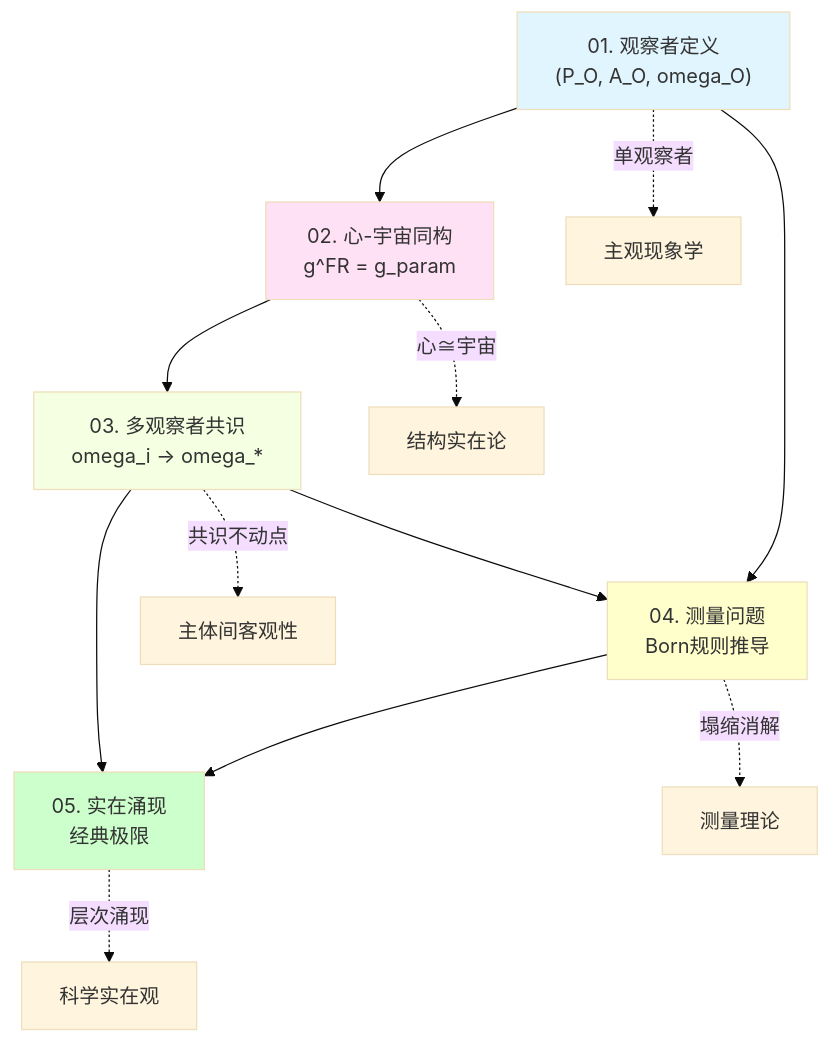
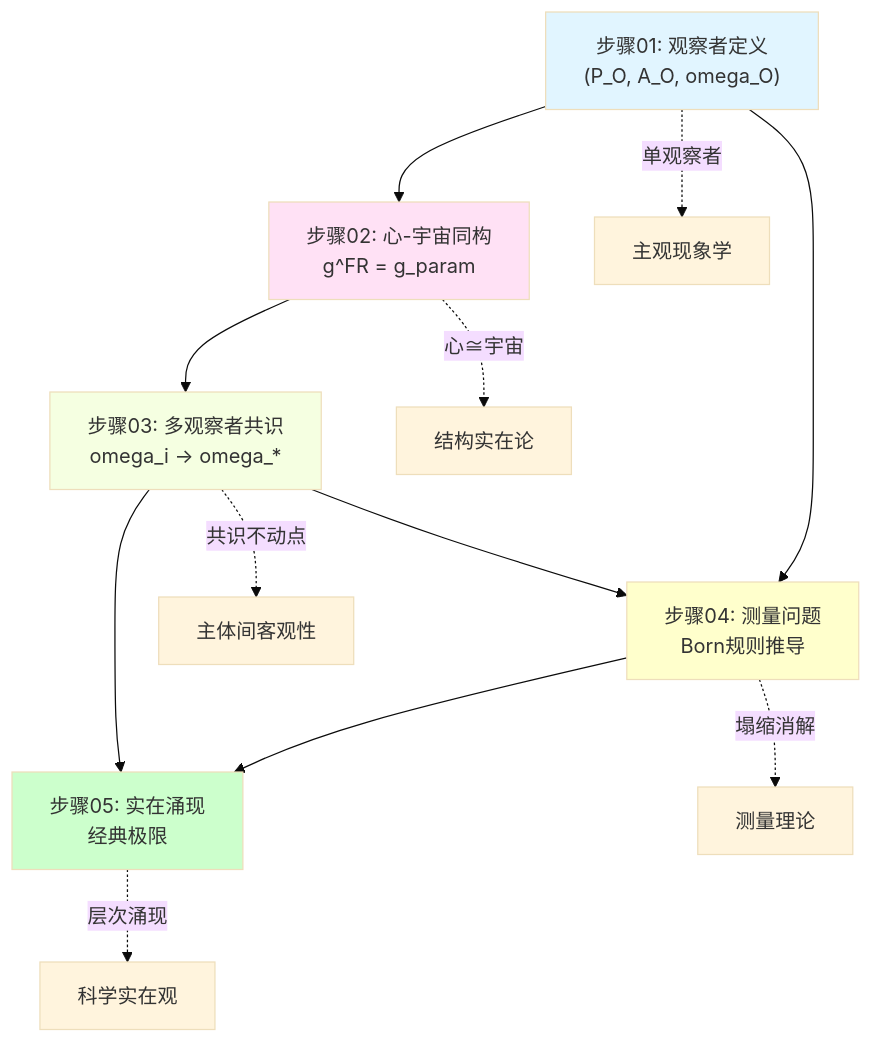
Before and after one commit to loning/zeckendorf-hilbert: the fourth of 6 diagrams in docs/euler-article/gls-union/10-matrix-universe/06-summary.md, drawn with Mermaid (base theme). The commit also changed 26 other files, not shown here.

````diff
--- a/docs/euler-article/gls-union/10-matrix-universe/06-summary.md
+++ b/docs/euler-article/gls-union/10-matrix-universe/06-summary.md
@@ -227,23 +227,23 @@
 ```mermaid
 graph TD
-    A["01. 观察者定义<br/>(P_O, A_O, omega_O)"] --> B["02. 心-宇宙同构<br/>g^FR = g_param"]
-    B --> C["03. 多观察者共识<br/>omega_i -> omega_*"]
+    A["步骤01: 观察者定义<br/>(P_O, A_O, omega_O)"] --> B["步骤02: 心-宇宙同构<br/>g^FR = g_param"]
+    B --> C["步骤03: 多观察者共识<br/>omega_i -> omega_*"]
 
-    A --> D["04. 测量问题<br/>Born规则推导"]
+    A --> D["步骤04: 测量问题<br/>Born规则推导"]
     C --> D
 
-    D --> E["05. 实在涌现<br/>经典极限"]
+    D --> E["步骤05: 实在涌现<br/>经典极限"]
     C --> E
 
     A -.->|"单观察者"| F["主观现象学"]
     B -.->|"心≅宇宙"| G["结构实在论"]
     C -.->|"共识不动点"| H["主体间客观性"]
     D -.->|"塌缩消解"| I["测量理论"]
     E -.->|"层次涌现"| J["科学实在观"]
 
     style A fill:#e1f5ff
     style B fill:#ffe1f5
     style C fill:#f5ffe1
     style D fill:#ffffcc
     style E fill:#ccffcc
 ```
````
